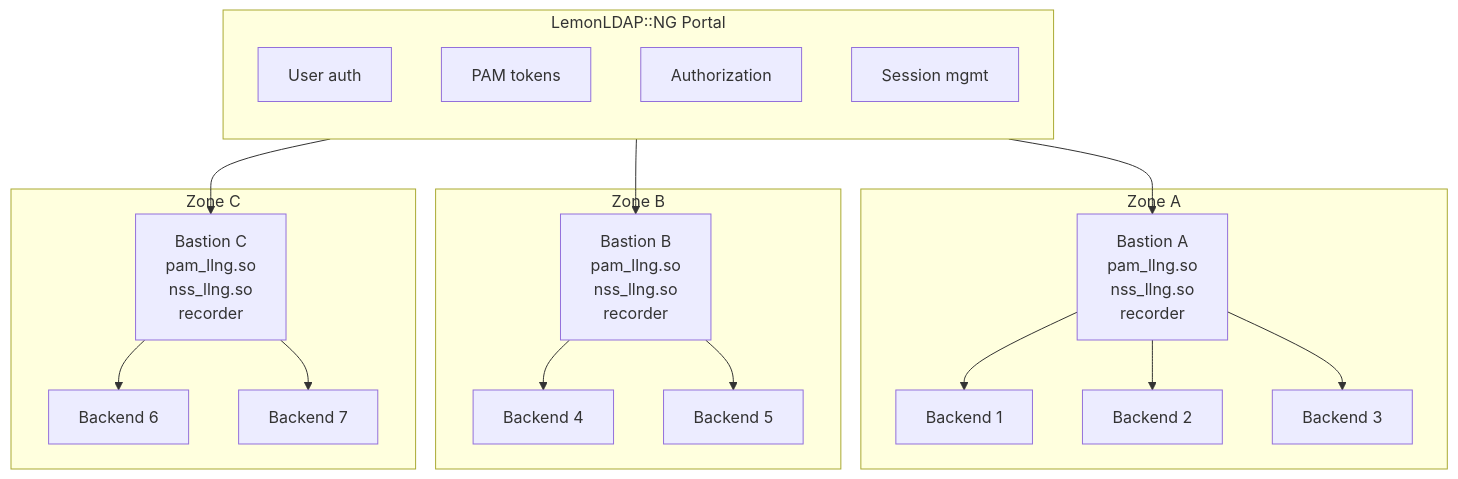
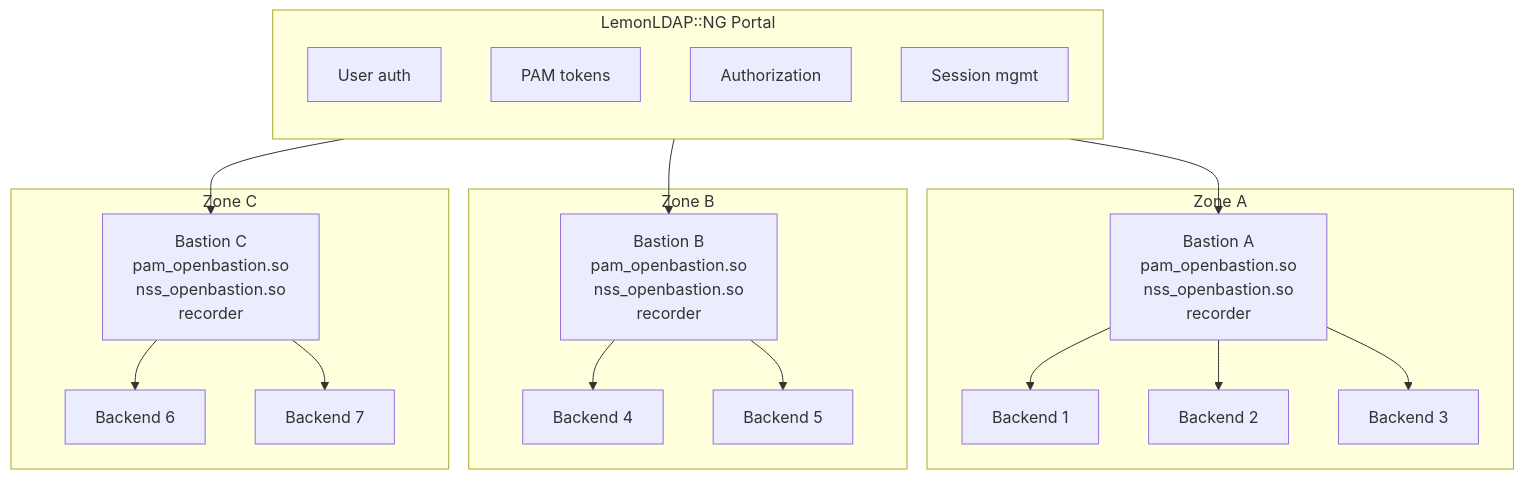
The first of 7 diagrams in doc/bastion-architecture.md (linagora/llng-pam-module), drawn with Mermaid before and after one commit. The commit also changed other lines of this file and 56 other files, not shown here.

````diff
--- a/doc/bastion-architecture.md
+++ b/doc/bastion-architecture.md
@@ -8,43 +8,43 @@
 ```mermaid
 flowchart TB
     subgraph LLNG["LemonLDAP::NG Portal"]
         direction TB
         auth["User auth"]
         tokens["PAM tokens"]
         authz["Authorization"]
         sessions["Session mgmt"]
     end
 
     subgraph ZoneA["Zone A"]
-        BastionA["Bastion A<br/>pam_llng.so<br/>nss_llng.so<br/>recorder"]
+        BastionA["Bastion A<br/>pam_openbastion.so<br/>nss_openbastion.so<br/>recorder"]
         Backend1["Backend 1"]
         Backend2["Backend 2"]
         Backend3["Backend 3"]
     end
 
     subgraph ZoneB["Zone B"]
-        BastionB["Bastion B<br/>pam_llng.so<br/>nss_llng.so<br/>recorder"]
+        BastionB["Bastion B<br/>pam_openbastion.so<br/>nss_openbastion.so<br/>recorder"]
         Backend4["Backend 4"]
         Backend5["Backend 5"]
     end
 
     subgraph ZoneC["Zone C"]
-        BastionC["Bastion C<br/>pam_llng.so<br/>nss_llng.so<br/>recorder"]
+        BastionC["Bastion C<br/>pam_openbastion.so<br/>nss_openbastion.so<br/>recorder"]
         Backend6["Backend 6"]
         Backend7["Backend 7"]
     end
 
     LLNG --> BastionA
     LLNG --> BastionB
     LLNG --> BastionC
 
     BastionA --> Backend1
     BastionA --> Backend2
     BastionA --> Backend3
 
     BastionB --> Backend4
     BastionB --> Backend5
 
     BastionC --> Backend6
     BastionC --> Backend7
 ```
````
